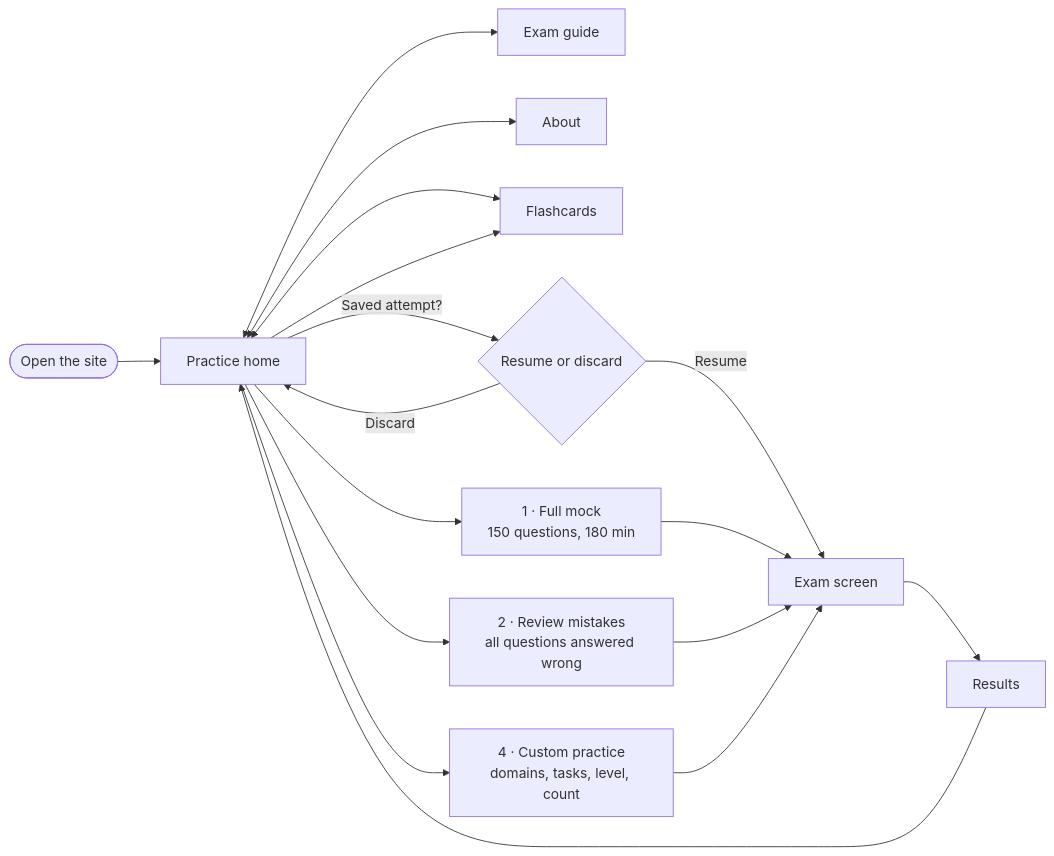
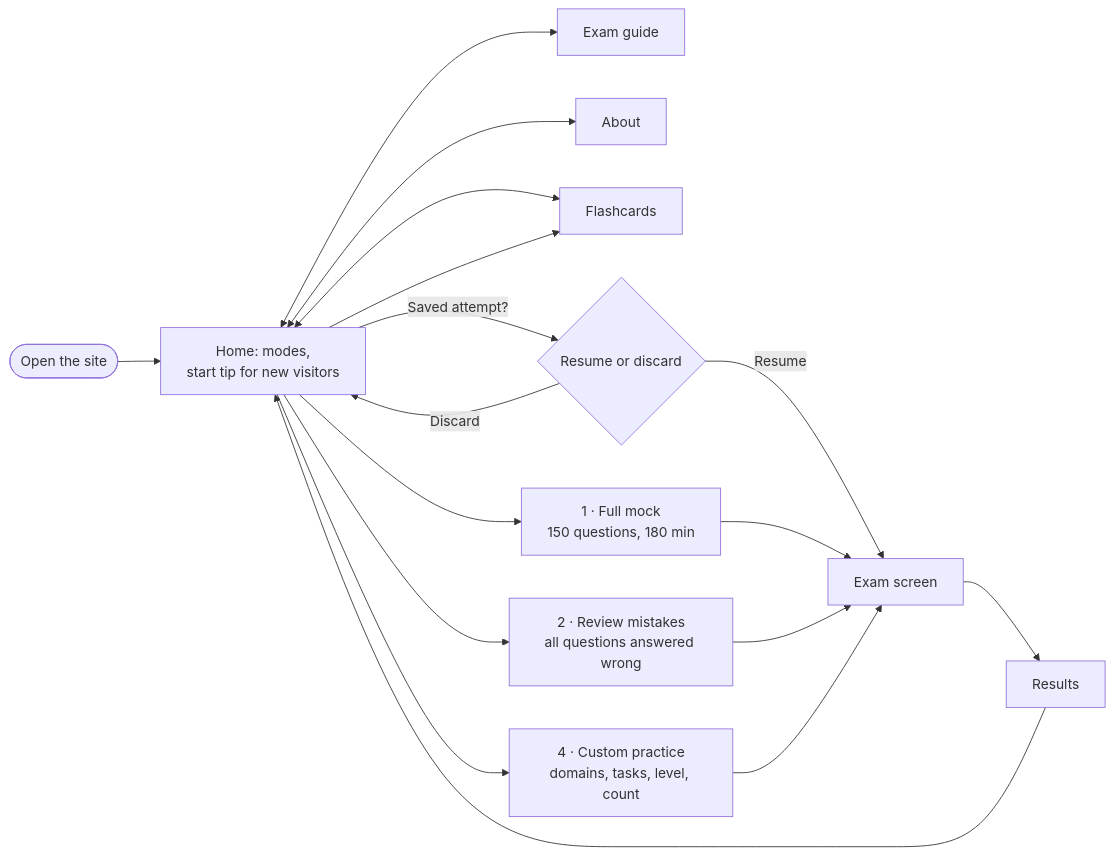
The first of 5 diagrams in docs/user-flow.md (Augustine-debug/capm-practice-room), drawn with Mermaid before and after one commit. The commit also changed other lines of this file and 3 other files, not shown here.

First line of the commit message:
Home: trust line, start tip for new visitors, "Home" in the navigation

````diff
--- a/docs/user-flow.md
+++ b/docs/user-flow.md
@@ -9,22 +9,22 @@
 ```mermaid
 flowchart LR
-  Visit([Open the site]) --> Home[Practice home]
+  Visit([Open the site]) --> Home[Home: modes,<br/>start tip for new visitors]
   Home <--> Guide[Exam guide]
   Home <--> About[About]
   Home <--> Cards[Flashcards]
 
   Home -->|Saved attempt?| Resume{Resume or discard}
   Resume -->|Resume| Exam
   Resume -->|Discard| Home
 
   Home --> Full[1 · Full mock<br/>150 questions, 180 min]
   Home --> Retry[2 · Review mistakes<br/>all questions answered wrong]
   Home --> Custom[4 · Custom practice<br/>domains, tasks, level, count]
   Home --> Cards
 
   Full --> Exam[Exam screen]
   Retry --> Exam
   Custom --> Exam
   Exam --> Results[Results]
   Results --> Home
 ```
````
